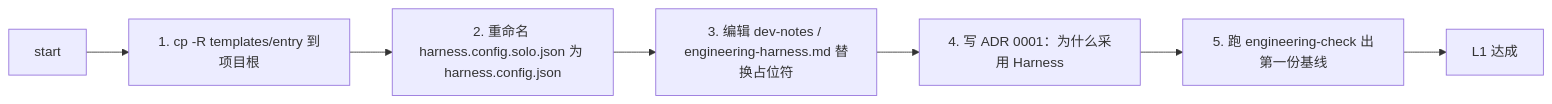
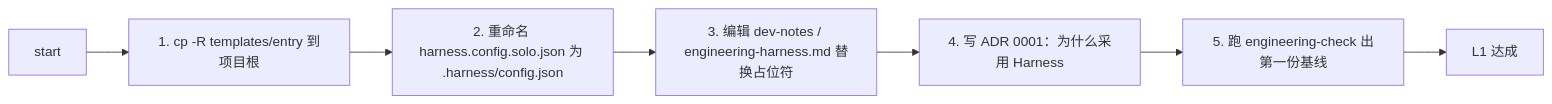
One commit to movebrickschi/harness-engineering-mcp changed the diagram in assets/spec/MVH.md. Above: the diagram before and after it, drawn with Mermaid. The commit also changed other lines of this file and 63 other files, not shown here.

````diff
--- a/assets/spec/MVH.md
+++ b/assets/spec/MVH.md
@@ -50,9 +50,9 @@
 ```mermaid
 flowchart LR
   start[start] --> step1["1. cp -R templates/entry 到项目根"]
-  step1 --> step2["2. 重命名 harness.config.solo.json 为 harness.config.json"]
+  step1 --> step2["2. 重命名 harness.config.solo.json 为 .harness/config.json"]
   step2 --> step3["3. 编辑 dev-notes / engineering-harness.md 替换占位符"]
   step3 --> step4["4. 写 ADR 0001：为什么采用 Harness"]
   step4 --> step5["5. 跑 engineering-check 出第一份基线"]
   step5 --> done[L1 达成]
 ```
````
